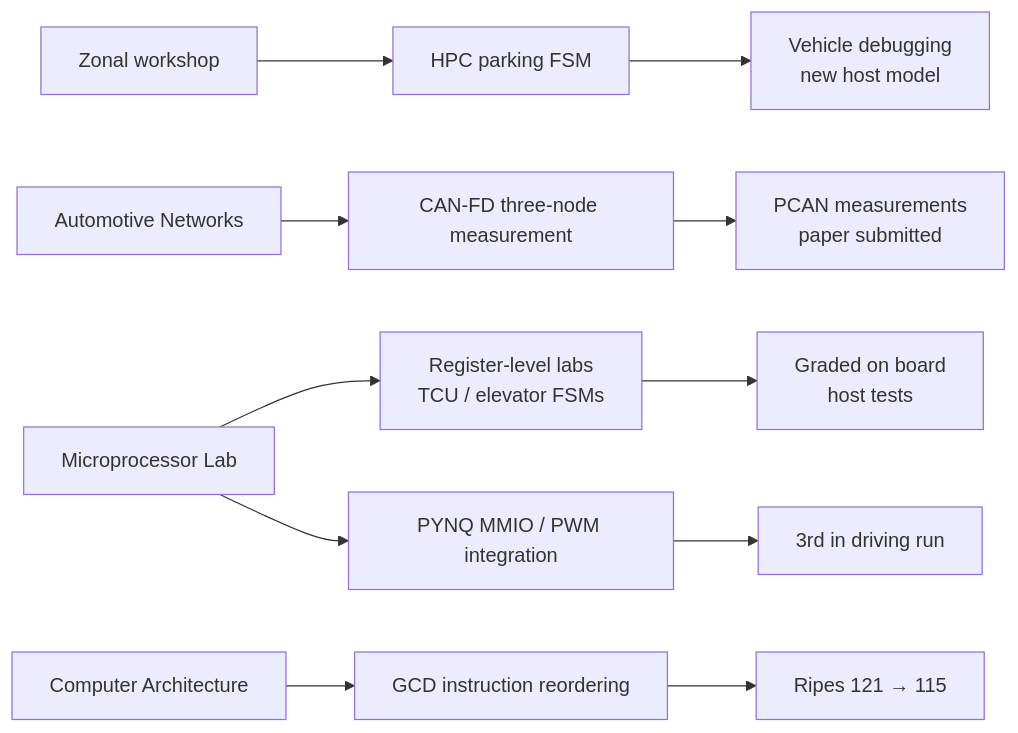
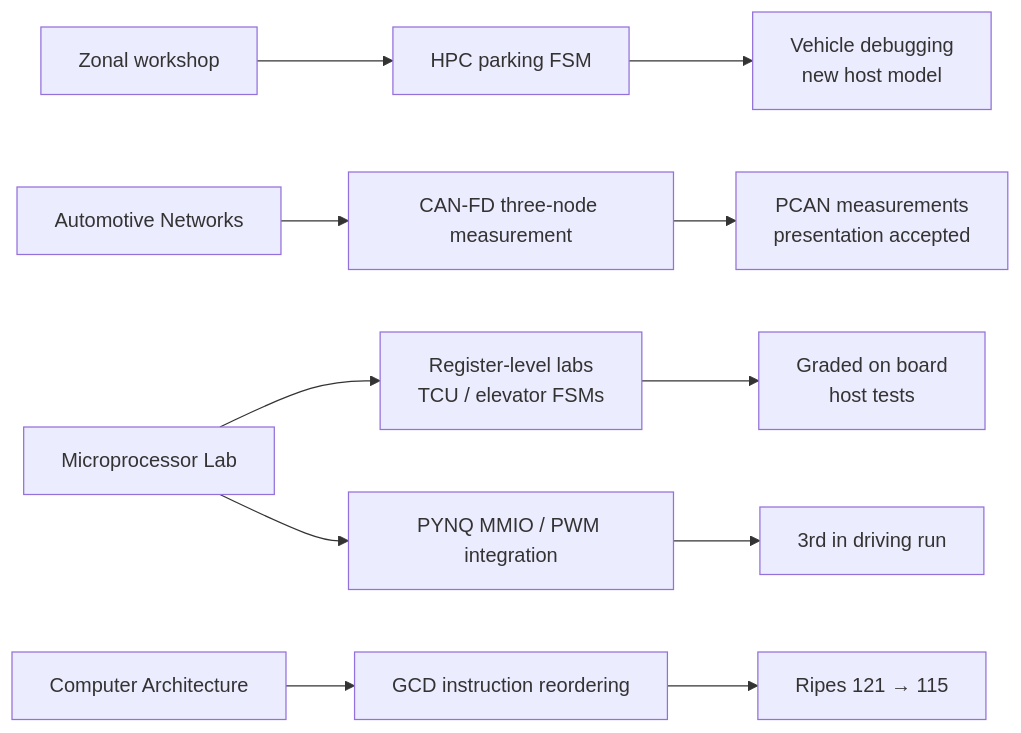
One commit to choiYhunn/choiYhunn changed the diagram in README.en.md. Above: the diagram before and after it, drawn with Mermaid. The commit also changed other lines of this file and 2 other files, not shown here.

Commit message:
Update CAN-FD paper status to accepted for KSAE presentation (#18)
* docs: record KSAE acceptance and planned first-author presentation

* docs: record KSAE acceptance and planned first-author presentation

* docs: record KSAE acceptance and planned first-author presentation

````diff
--- a/README.en.md
+++ b/README.en.md
@@ -44,8 +44,8 @@
 ```mermaid
 flowchart LR
     ZE["Zonal workshop"] --> HP["HPC parking FSM"] --> HV["Vehicle debugging<br/>new host model"]
-    VN["Automotive Networks"] --> CF["CAN-FD three-node measurement"] --> CFV["PCAN measurements<br/>paper submitted"]
+    VN["Automotive Networks"] --> CF["CAN-FD three-node measurement"] --> CFV["PCAN measurements<br/>presentation accepted"]
     ML["Microprocessor Lab"] --> WL["Register-level labs<br/>TCU / elevator FSMs"] --> WLV["Graded on board<br/>host tests"]
     ML --> PQ["PYNQ MMIO / PWM integration"] --> PQV["3rd in driving run"]
     CA["Computer Architecture"] --> RV["GCD instruction reordering"] --> RVV["Ripes 121 → 115"]
 ```
````
